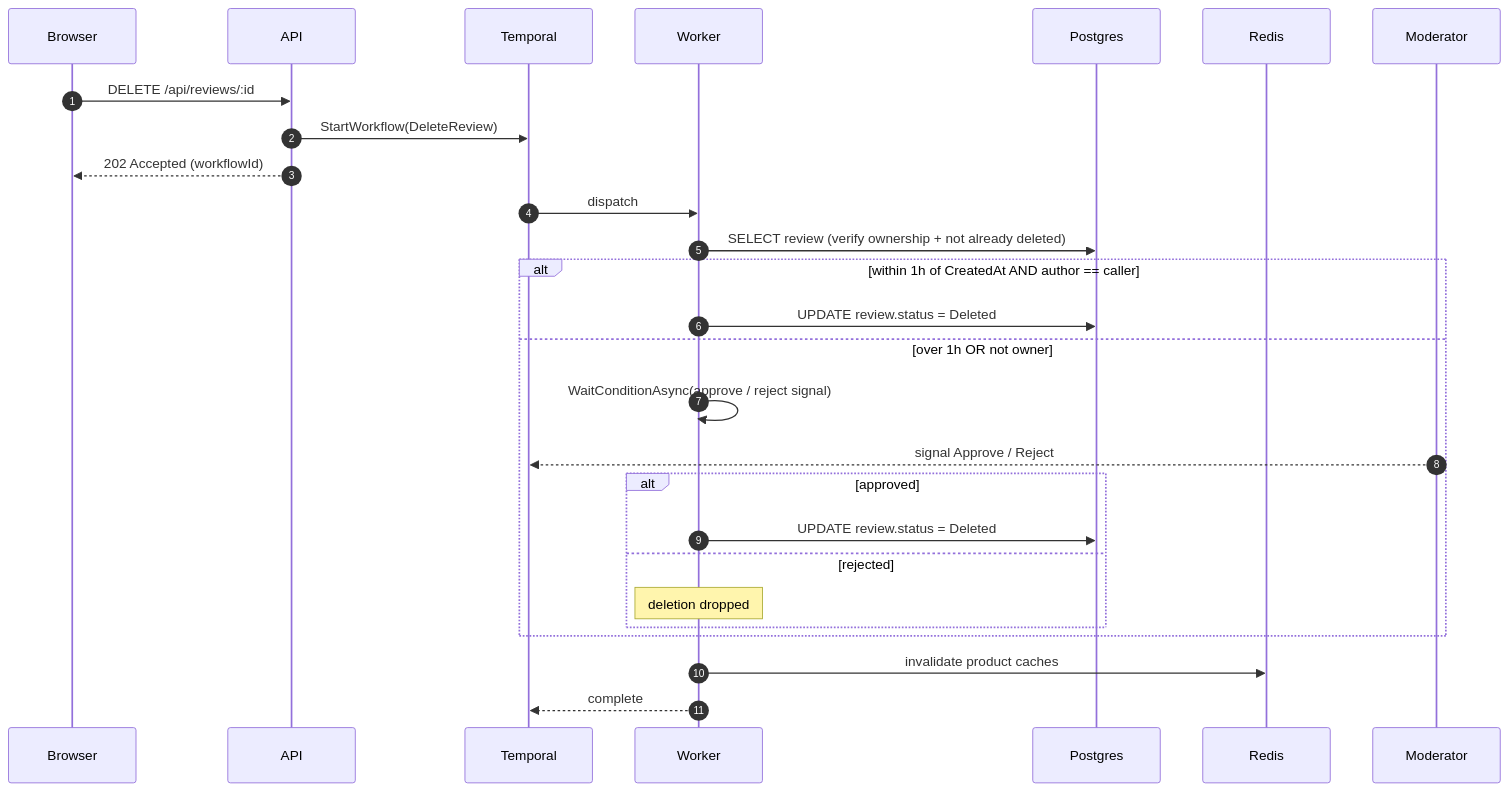
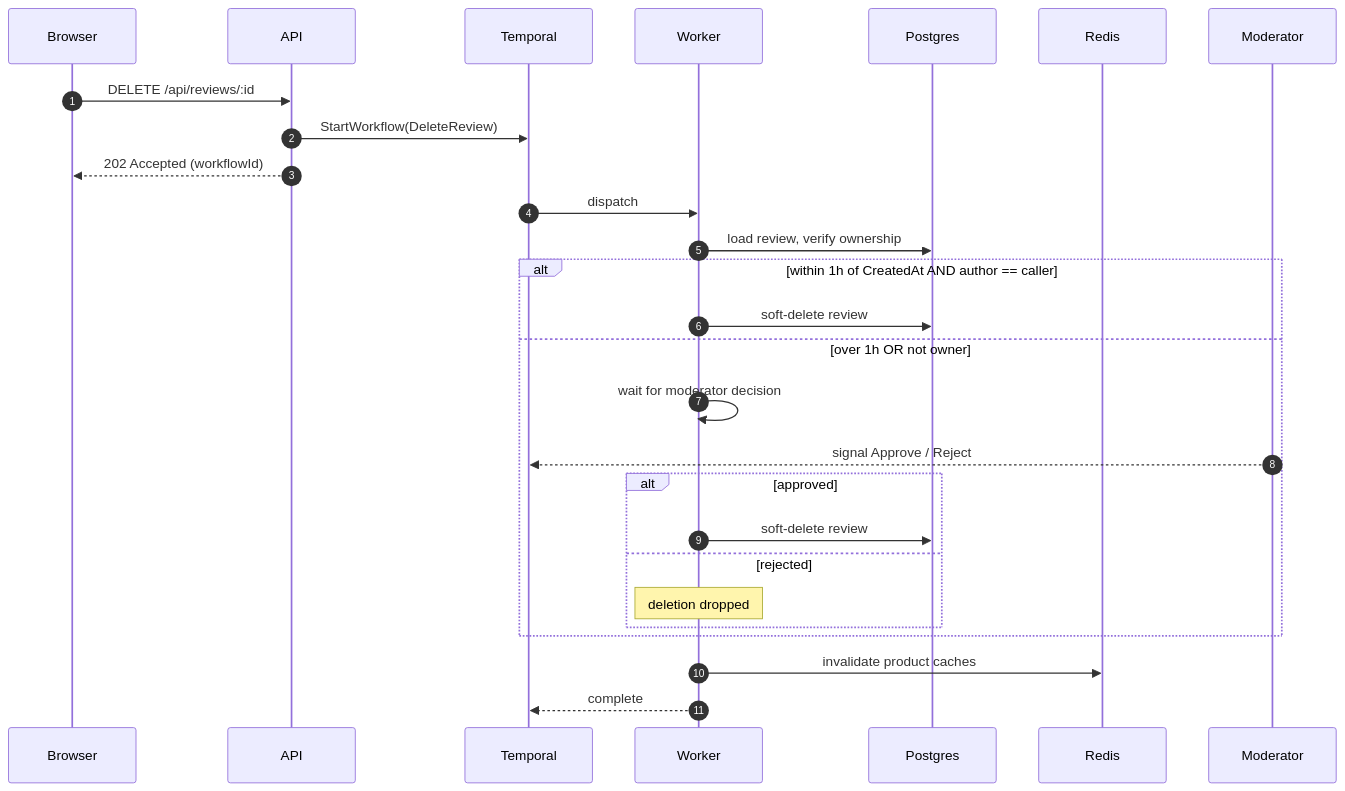
One commit to KaliCZ/reviews changed the ninth of 12 diagrams in docs/flows.md. Above: the diagram before and after it, drawn with Mermaid. The commit also changed other lines of this file and 13 other files, not shown here.

````diff
--- a/docs/flows.md
+++ b/docs/flows.md
@@ -283,33 +280,33 @@
 ```mermaid
 sequenceDiagram
     autonumber
     participant B as Browser
     participant A as API
     participant T as Temporal
     participant W as Worker
     participant P as Postgres
     participant R as Redis
     participant M as Moderator
 
     B->>A: DELETE /api/reviews/:id
     A->>T: StartWorkflow(DeleteReview)
     A-->>B: 202 Accepted (workflowId)
 
     T->>W: dispatch
-    W->>P: SELECT review (verify ownership + not already deleted)
+    W->>P: load review, verify ownership
 
     alt within 1h of CreatedAt AND author == caller
-        W->>P: UPDATE review.status = Deleted
+        W->>P: soft-delete review
     else over 1h OR not owner
-        W->>W: WaitConditionAsync(approve / reject signal)
+        W->>W: wait for moderator decision
         M-->>T: signal Approve / Reject
         alt approved
-            W->>P: UPDATE review.status = Deleted
+            W->>P: soft-delete review
         else rejected
             Note over W: deletion dropped
         end
     end
 
     W->>R: invalidate product caches
     W-->>T: complete
 ```
````
